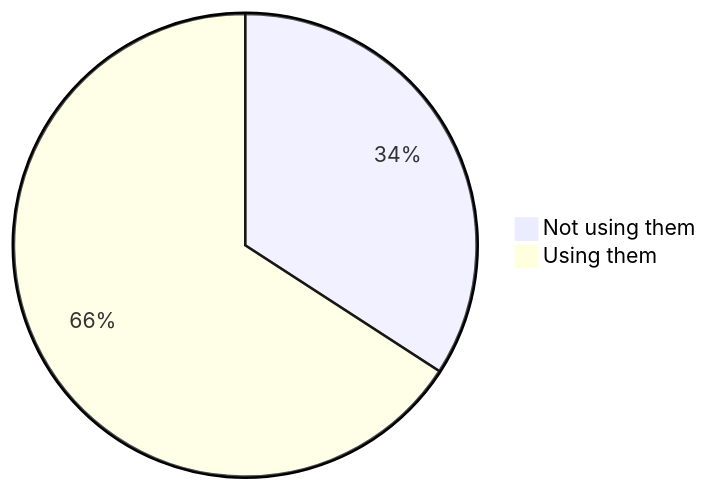
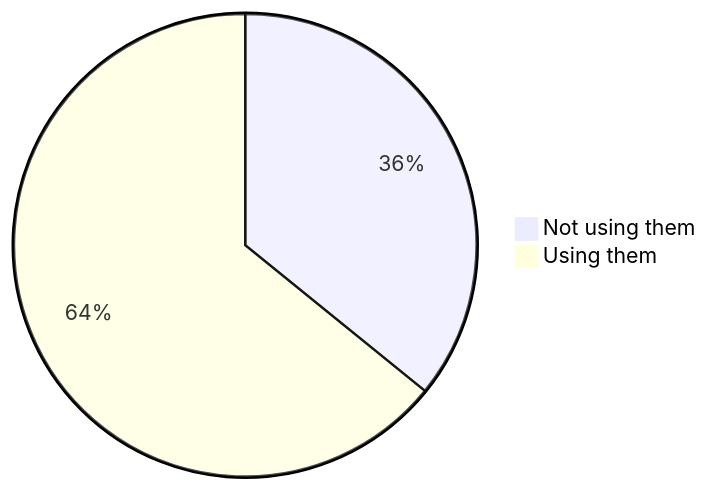
One commit to oshp/oshp-stats changed the first of 22 diagrams in stats.md. Above: the diagram before and after it, drawn with Mermaid. The commit also changed other lines of this file, not shown here.

````diff
--- a/stats.md
+++ b/stats.md
@@ -10,6 +10,6 @@
 ```mermaid
 pie
-	"Not using them" : 34.16
-	"Using them" : 65.84
+	"Not using them" : 35.84
+	"Using them" : 64.16
 
 ```
````
